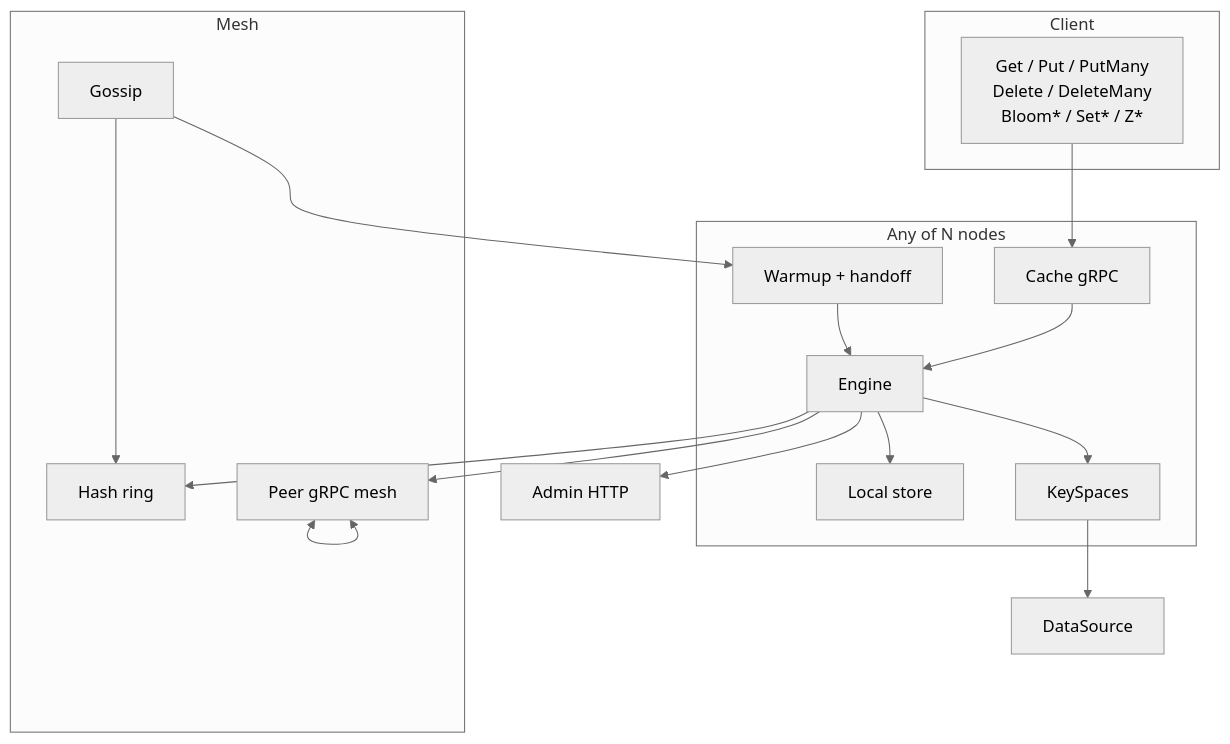
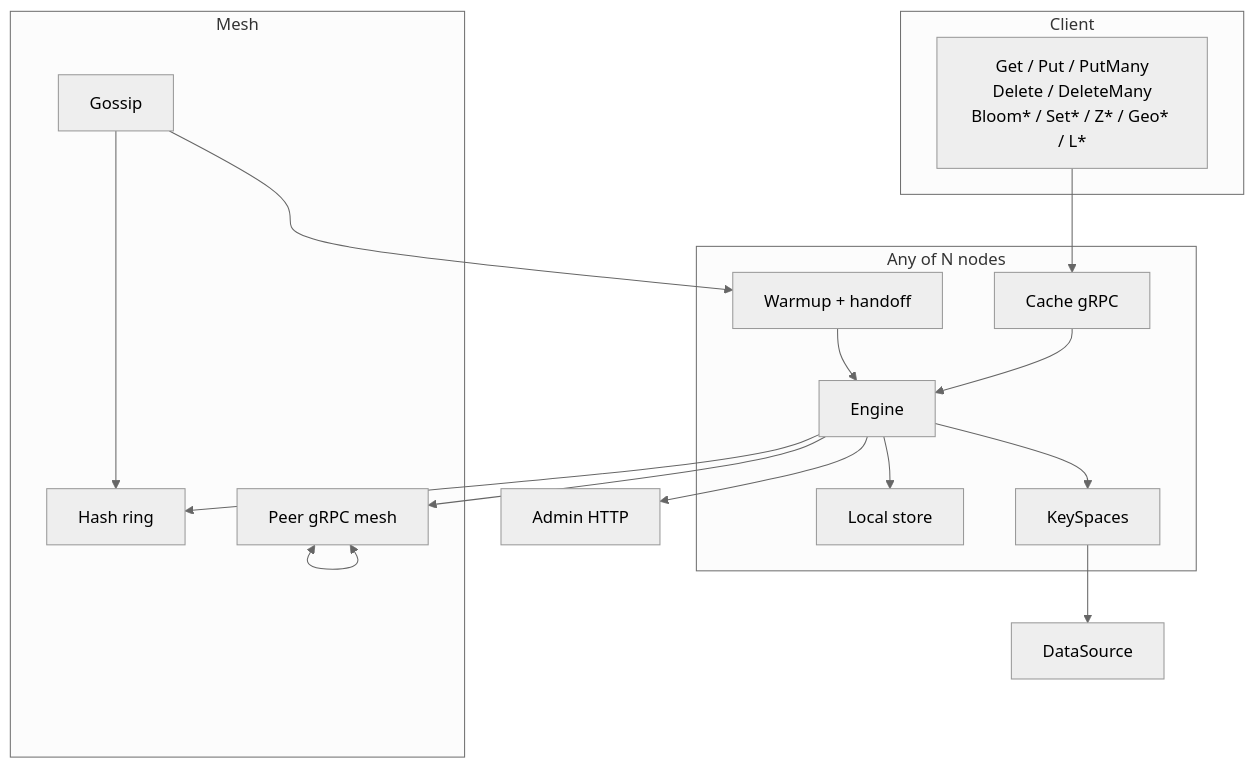
One commit to Code0987/supercache changed diagram 16 of 18 in docs/CLUSTER_FLOWS.md. Above: the diagram before and after it, drawn with Mermaid (neutral theme). The commit also changed other lines of this file and 9 other files, not shown here.

````diff
--- a/docs/CLUSTER_FLOWS.md
+++ b/docs/CLUSTER_FLOWS.md
@@ -342,34 +344,34 @@
 ```mermaid
 flowchart TB
   subgraph Client
-    OPS["Get / Put / PutMany<br/>Delete / DeleteMany<br/>Bloom* / Set* / Z*"]
+    OPS["Get / Put / PutMany<br/>Delete / DeleteMany<br/>Bloom* / Set* / Z* / Geo* / L*"]
   end
 
   subgraph Node["Any of N nodes"]
     CG["Cache gRPC"]
     EN["Engine"]
     ST["Local store"]
     KS["KeySpaces"]
     WM["Warmup + handoff"]
   end
 
   subgraph Mesh
     RING["Hash ring"]
     PG["Peer gRPC mesh"]
     GOS["Gossip"]
   end
 
   DS["DataSource"]
   ADM["Admin HTTP"]
 
   OPS --> CG --> EN
   EN --> ST
   EN --> KS
   EN --> RING
   EN --> PG
   KS --> DS
   GOS --> RING
   GOS --> WM --> EN
   EN --> ADM
   PG <--> PG
 ```
````
